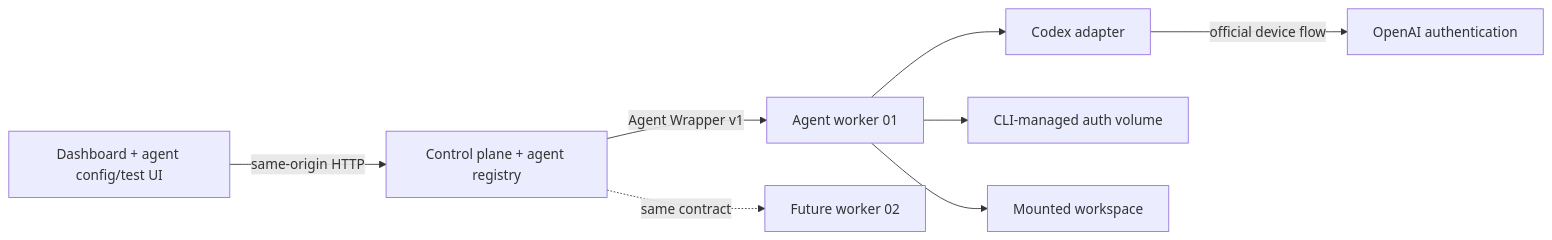
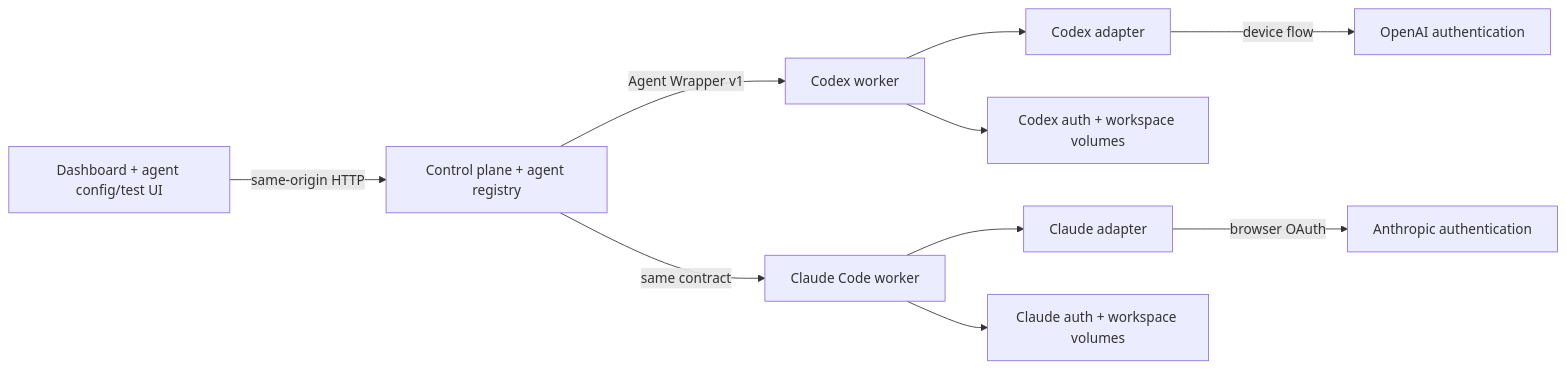
The diagram in README.md (alext-avi/agent-dock), drawn with Mermaid before and after one commit. The commit also changed other lines of this file and 14 other files, not shown here.

Commit message:
Add Claude Code worker and prominent quota charts

````diff
--- a/README.md
+++ b/README.md
@@ -29,10 +29,12 @@
 ```mermaid
 flowchart LR
   B["Dashboard + agent config/test UI"] -->|"same-origin HTTP"| C["Control plane + agent registry"]
-  C -->|"Agent Wrapper v1"| W1["Agent worker 01"]
-  C -.->|"same contract"| W2["Future worker 02"]
-  W1 --> A["Codex adapter"]
-  A -->|"official device flow"| O["OpenAI authentication"]
-  W1 --> V["CLI-managed auth volume"]
-  W1 --> S["Mounted workspace"]
+  C -->|"Agent Wrapper v1"| W1["Codex worker"]
+  C -->|"same contract"| W2["Claude Code worker"]
+  W1 --> A1["Codex adapter"]
+  W2 --> A2["Claude adapter"]
+  A1 -->|"device flow"| O1["OpenAI authentication"]
+  A2 -->|"browser OAuth"| O2["Anthropic authentication"]
+  W1 --> V1["Codex auth + workspace volumes"]
+  W2 --> V2["Claude auth + workspace volumes"]
 ```
````
